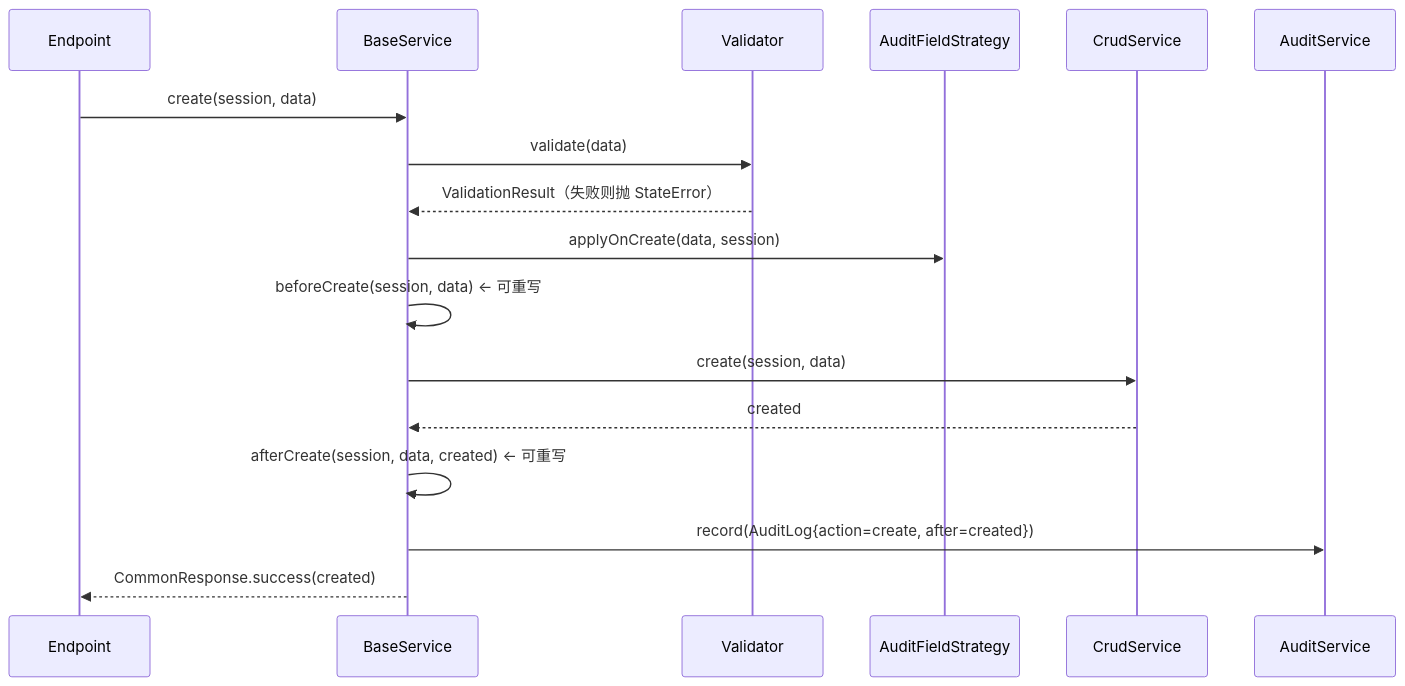
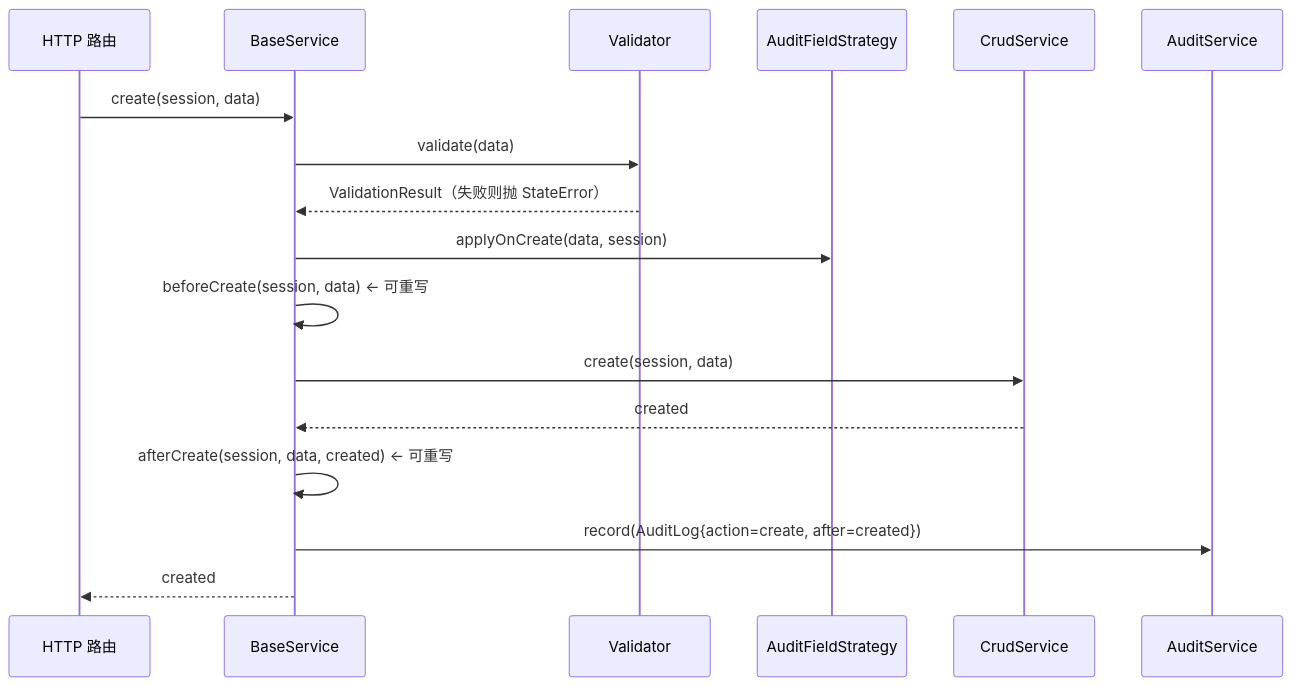
Before and after one commit to coderxsle/flutter_web_admin: the fourth of 8 diagrams in serverpod_crud/README.md, drawn with Mermaid. The commit also changed other lines of this file and 351 other files, not shown here.

````diff
--- a/serverpod_crud/README.md
+++ b/serverpod_crud/README.md
@@ -207,20 +204,20 @@
 ```mermaid
 sequenceDiagram
-    participant EP as Endpoint
+    participant RT as HTTP 路由
     participant BS as BaseService
     participant VAL as Validator
     participant AFS as AuditFieldStrategy
     participant CS as CrudService
     participant AUD as AuditService
 
-    EP->>BS: create(session, data)
+    RT->>BS: create(session, data)
     BS->>VAL: validate(data)
     VAL-->>BS: ValidationResult（失败则抛 StateError）
     BS->>AFS: applyOnCreate(data, session)
     BS->>BS: beforeCreate(session, data) ← 可重写
     BS->>CS: create(session, data)
     CS-->>BS: created
     BS->>BS: afterCreate(session, data, created) ← 可重写
     BS->>AUD: record(AuditLog{action=create, after=created})
-    BS-->>EP: CommonResponse.success(created)
+    BS-->>RT: created
 ```
````
